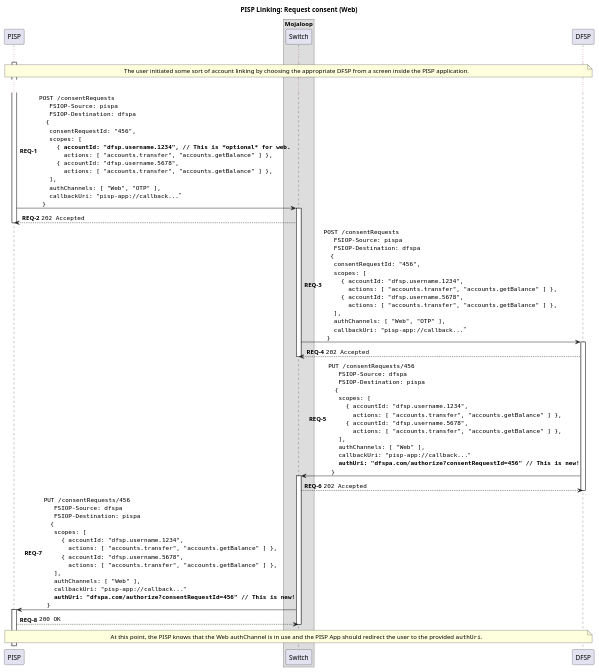
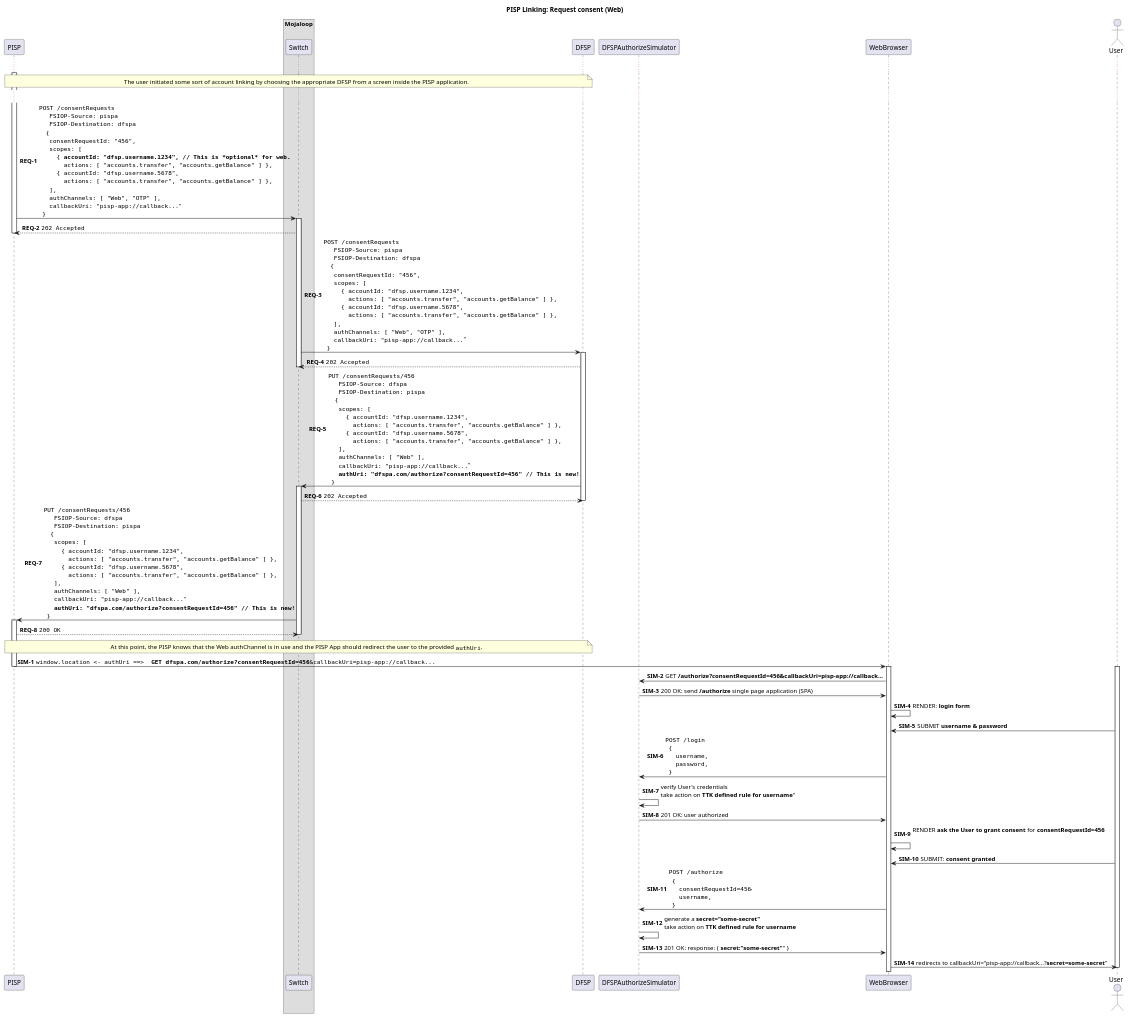
Before and after one commit to mojaloop/pisp-project: the diagram in docs/linking/2-request-consent-web.puml, drawn with PlantUML. The commit also changed 4 other files, not shown here.

Commit message:
doc: document web flow and add details to otp flow

```diff
--- a/docs/linking/2-request-consent-web.puml
+++ b/docs/linking/2-request-consent-web.puml
@@ -1,98 +1,131 @@
 @startuml
 
 title PISP Linking: Request consent (Web)
 
 participant "PISP" as PISP
 
 box "Mojaloop"
     participant Switch
 end box
 
 participant DFSP
+
+participant DFSPAuthorizeSimulator
+participant WebBrowser
+
+actor User
 
 autonumber 1 "<b>REQ-#</b>"
 
 activate PISP
 
 ...
 
 note over PISP, DFSP
     The user initiated some sort of account linking by choosing the appropriate DFSP from a screen inside the PISP application.
 end note
 
 ...
 
 PISP -> Switch ++: ""POST /consentRequests""\n\
   ""  FSIOP-Source: pispa""\n\
   ""  FSIOP-Destination: dfspa""\n\
   "" {""\n\
   ""  consentRequestId: "456",""\n\
   ""  scopes: [ ""\n\
   ""    { **accountId: "dfsp.username.1234", // This is *optional* for web.**""\n\
   ""      actions: [ "accounts.transfer", "accounts.getBalance" ] },""\n\
   ""    { accountId: "dfsp.username.5678",""\n\
   ""      actions: [ "accounts.transfer", "accounts.getBalance" ] },""\n\
   ""  ],""\n\
   ""  authChannels: [ "Web", "OTP" ],""\n\
   ""  callbackUri: "pisp-app://callback..."""\n\
   ""}""
 Switch --> PISP: ""202 Accepted""
 deactivate PISP
 
 Switch -> DFSP ++:  ""POST /consentRequests""\n\
   ""  FSIOP-Source: pispa""\n\
   ""  FSIOP-Destination: dfspa""\n\
   "" {""\n\
   ""  consentRequestId: "456",""\n\
   ""  scopes: [ ""\n\
   ""    { accountId: "dfsp.username.1234",""\n\
   ""      actions: [ "accounts.transfer", "accounts.getBalance" ] },""\n\
   ""    { accountId: "dfsp.username.5678",""\n\
   ""      actions: [ "accounts.transfer", "accounts.getBalance" ] },""\n\
   ""  ],""\n\
   ""  authChannels: [ "Web", "OTP" ],""\n\
   ""  callbackUri: "pisp-app://callback..."""\n\
   ""}""
 DFSP --> Switch: ""202 Accepted""
 deactivate Switch
 
 DFSP -> Switch ++: ""PUT /consentRequests/456""\n\
   ""  FSIOP-Source: dfspa""\n\
   ""  FSIOP-Destination: pispa""\n\
   "" {""\n\
   ""  scopes: [ ""\n\
   ""    { accountId: "dfsp.username.1234",""\n\
   ""      actions: [ "accounts.transfer", "accounts.getBalance" ] },""\n\
   ""    { accountId: "dfsp.username.5678",""\n\
   ""      actions: [ "accounts.transfer", "accounts.getBalance" ] },""\n\
   ""  ],""\n\
   ""  authChannels: [ "Web" ],""\n\
   ""  callbackUri: "pisp-app://callback..."""\n\
   ""  **authUri: "dfspa.com/authorize?consentRequestId=456" // This is new!**""\n\
   ""}""
 ' TODO: Should this be 200 OK? or 202 Accepted?
 Switch --> DFSP: ""202 Accepted""
 deactivate DFSP
 
 Switch -> PISP ++: ""PUT /consentRequests/456""\n\
   ""  FSIOP-Source: dfspa""\n\
   ""  FSIOP-Destination: pispa""\n\
   "" {""\n\
   ""  scopes: [ ""\n\
   ""    { accountId: "dfsp.username.1234",""\n\
   ""      actions: [ "accounts.transfer", "accounts.getBalance" ] },""\n\
   ""    { accountId: "dfsp.username.5678",""\n\
   ""      actions: [ "accounts.transfer", "accounts.getBalance" ] },""\n\
   ""  ],""\n\
   ""  authChannels: [ "Web" ],""\n\
   ""  callbackUri: "pisp-app://callback..."""\n\
   ""  **authUri: "dfspa.com/authorize?consentRequestId=456" // This is new!**""\n\
   ""}""
 PISP --> Switch: ""200 OK""
 deactivate Switch
 
 note over PISP, DFSP
   At this point, the PISP knows that the Web authChannel is in use and the PISP App should redirect the user to the provided ""authUri"".
 end note
 
+autonumber 1 "<b>SIM-#</b>"
+
+PISP -> WebBrowser: ""window.location <- authUri ==> ** GET dfspa.com/authorize?consentRequestId=456**&callbackUri=pisp-app://callback...""
+deactivate PISP
+activate WebBrowser
+activate User
+WebBrowser -> DFSPAuthorizeSimulator: GET **/authorize?consentRequestId=456&callbackUri=pisp-app://callback...**
+DFSPAuthorizeSimulator -> WebBrowser: 200 OK: send **/authorize** single page application (SPA)
+WebBrowser -> WebBrowser: RENDER: **login form**
+User -> WebBrowser: SUBMIT **username & password**
+WebBrowser -> DFSPAuthorizeSimulator: ""POST /login""\n\
+  ""{""\n\
+  ""  username,""\n\
+  ""  password,""\n\
+  ""}""
+DFSPAuthorizeSimulator -> DFSPAuthorizeSimulator: verify User's credentials \ntake action on **TTK defined rule for username**"
+DFSPAuthorizeSimulator -> WebBrowser: 201 OK: user authorized
+WebBrowser -> WebBrowser: RENDER **ask the User to grant consent** for **consentRequestId=456**\n
+User -> WebBrowser: SUBMIT: **consent granted**
+WebBrowser -> DFSPAuthorizeSimulator: ""POST /authorize""\n\
+  ""{""\n\
+  ""  consentRequestId=456"",\n\
+  ""  username,""\n\
+  ""}""
+DFSPAuthorizeSimulator -> DFSPAuthorizeSimulator: generate a **secret="some-secret"**\ntake action on **TTK defined rule for username**
+DFSPAuthorizeSimulator -> WebBrowser: 201 OK: response: { **secret:"some-secret"**" }
+WebBrowser -> User: redirects to callbackUri="pisp-app://callback...?**secret=some-secret**"
+deactivate User
 @enduml
```
